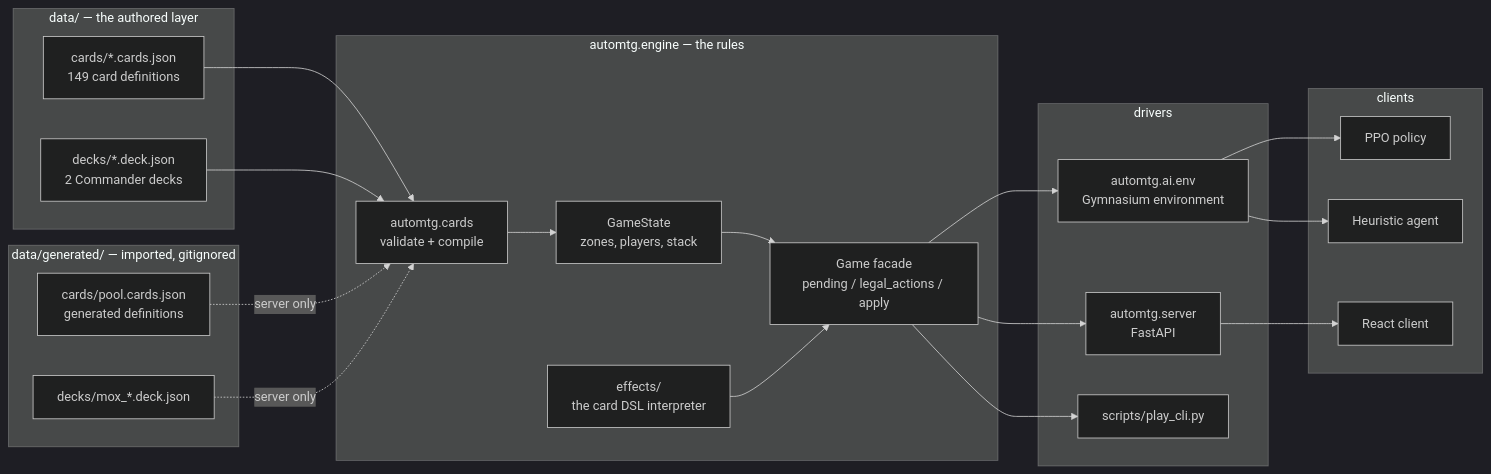
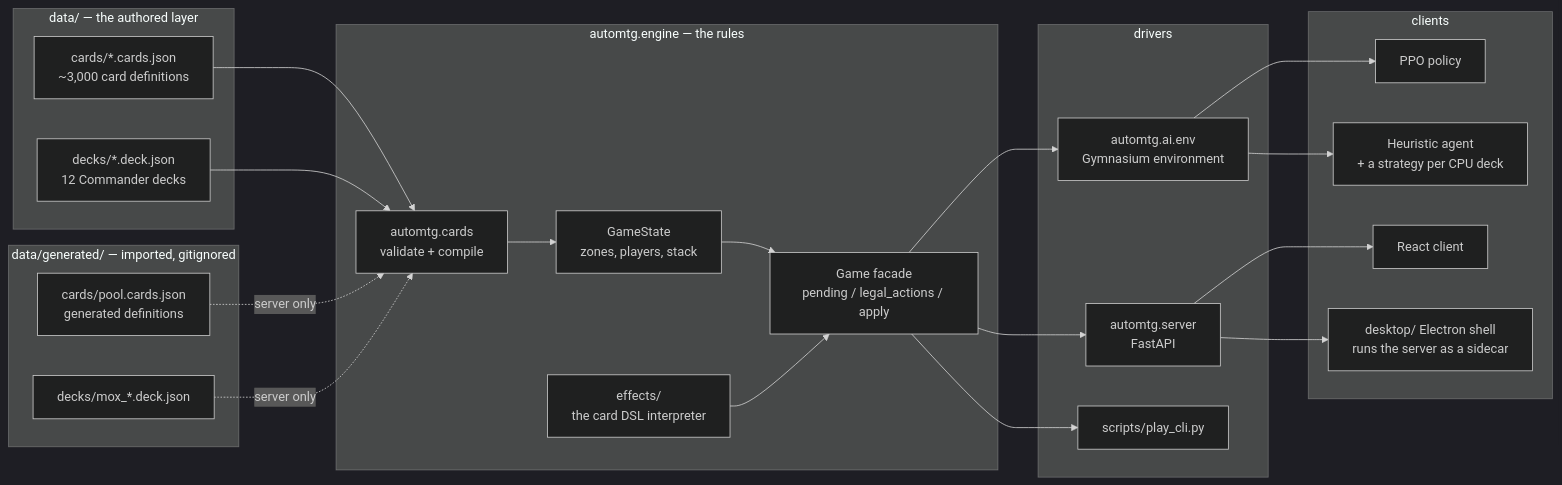
Before and after one commit to TylerGauntlett/commander-blitz: the first of 3 diagrams in docs/architecture.md, drawn with Mermaid (dark theme). The commit also changed other lines of this file and 17 other files, not shown here.

````diff
--- a/docs/architecture.md
+++ b/docs/architecture.md
@@ -8,45 +8,47 @@
 ```mermaid
 flowchart LR
     subgraph data["data/ — the authored layer"]
-        cards["cards/*.cards.json<br/>149 card definitions"]
-        decks["decks/*.deck.json<br/>2 Commander decks"]
+        cards["cards/*.cards.json<br/>~3,000 card definitions"]
+        decks["decks/*.deck.json<br/>12 Commander decks"]
     end
 
     subgraph generated["data/generated/ — imported, gitignored"]
         pool["cards/pool.cards.json<br/>generated definitions"]
         mox["decks/mox_*.deck.json"]
     end
 
     subgraph core["automtg.engine — the rules"]
         loader["automtg.cards<br/>validate + compile"]
         state["GameState<br/>zones, players, stack"]
         game["Game facade<br/>pending / legal_actions / apply"]
         effects["effects/<br/>the card DSL interpreter"]
     end
 
     subgraph drivers["drivers"]
         env["automtg.ai.env<br/>Gymnasium environment"]
         server["automtg.server<br/>FastAPI"]
         cli["scripts/play_cli.py"]
     end
 
     subgraph clients["clients"]
         policy["PPO policy"]
-        heuristic["Heuristic agent"]
+        heuristic["Heuristic agent<br/>+ a strategy per CPU deck"]
         react["React client"]
+        desktop["desktop/ Electron shell<br/>runs the server as a sidecar"]
     end
 
     cards --> loader
     decks --> loader
     pool -.->|"server only"| loader
     mox -.->|"server only"| loader
     loader --> state
     state --> game
     effects --> game
     game --> env
     game --> server
     game --> cli
     env --> policy
     env --> heuristic
     server --> react
+    server --> desktop
 ```
````
